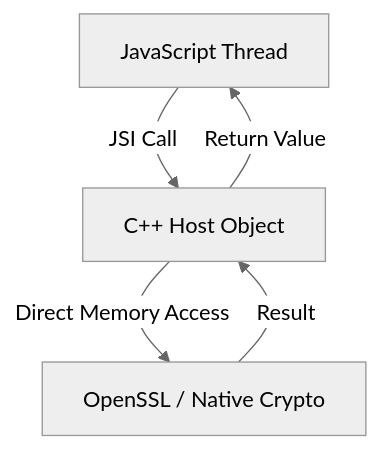
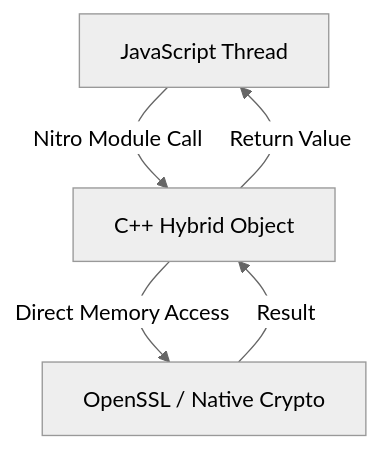
Before and after one commit to margelo/react-native-quick-crypto: the diagram in docs/content/docs/introduction/what-is-rnqc.mdx, drawn with Mermaid (neutral theme). The commit also changed other lines of this file and 3 other files, not shown here.

````diff
--- a/docs/content/docs/introduction/what-is-rnqc.mdx
+++ b/docs/content/docs/introduction/what-is-rnqc.mdx
@@ -45,7 +45,7 @@
 ```mermaid
 graph TD
-    JS[JavaScript Thread] -->|JSI Call| C[C++ Host Object]
+    JS[JavaScript Thread] -->|Nitro Module Call| C[C++ Hybrid Object]
     C -->|Direct Memory Access| O[OpenSSL / Native Crypto]
     O -->|Result| C
     C -->|Return Value| JS
 ```
````
